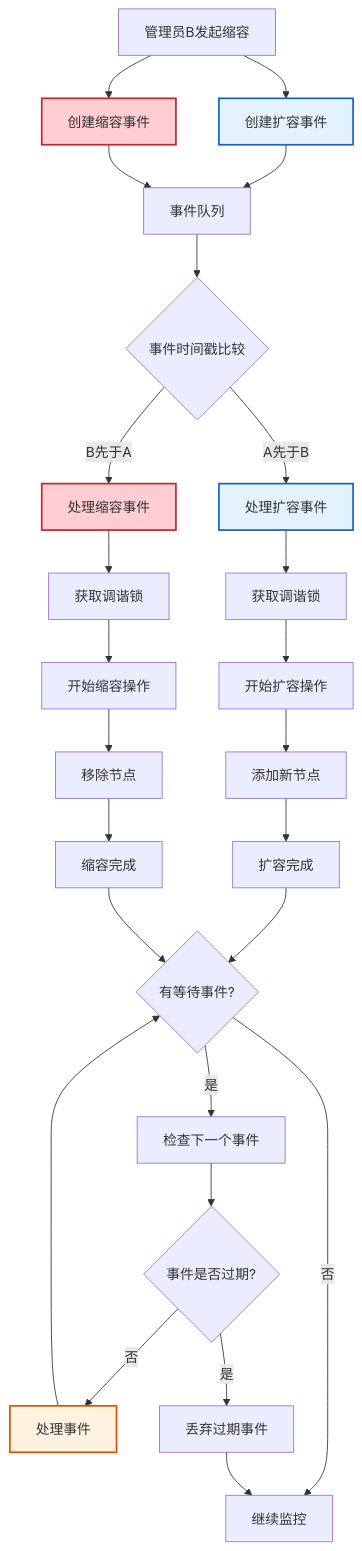
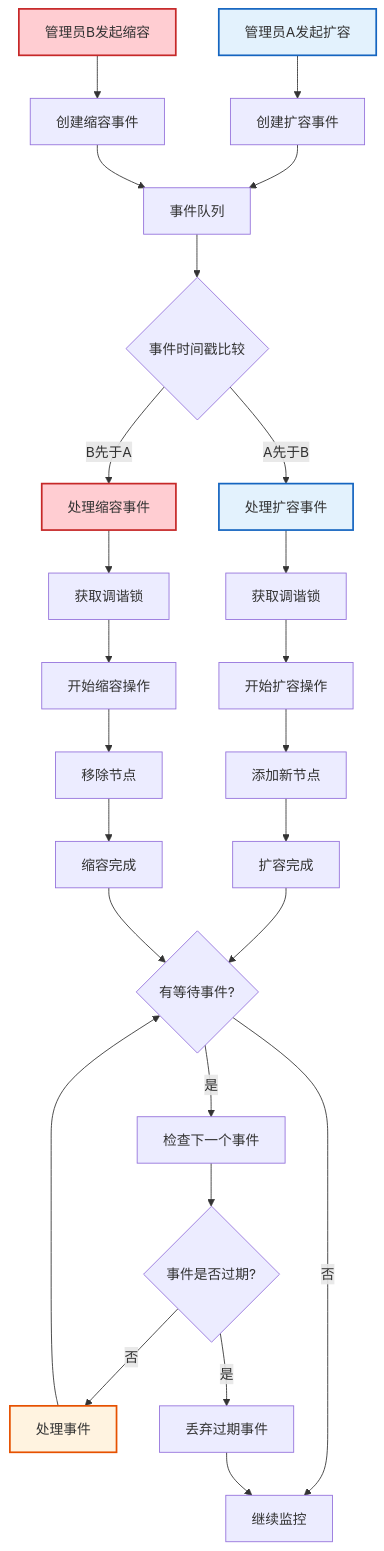
One commit to VanLiuZhi/etcd-k8s-operator changed the third of 6 diagrams in docs/scenarios/实际场景分析.md. Above: the diagram before and after it, drawn with Mermaid. The commit also changed other lines of this file and 12 other files, not shown here.

````diff
--- a/docs/scenarios/实际场景分析.md
+++ b/docs/scenarios/实际场景分析.md
@@ -240,41 +240,41 @@
 ```mermaid
 flowchart TD
     A[管理员A发起扩容] --> B[创建扩容事件]
-    A[管理员B发起缩容] --> C[创建缩容事件]
+    C[管理员B发起缩容] --> D[创建缩容事件]
 
-    B --> D[事件队列]
-    C --> D
+    B --> E[事件队列]
+    D --> E
 
-    D --> E{事件时间戳比较}
-    E -->|A先于B| F[处理扩容事件]
-    E -->|B先于A| G[处理缩容事件]
+    E --> F{事件时间戳比较}
+    F -->|A先于B| G[处理扩容事件]
+    F -->|B先于A| H[处理缩容事件]
 
-    F --> H[获取调谐锁]
-    H --> I[开始扩容操作]
-    I --> J[添加新节点]
-    J --> K[扩容完成]
+    G --> I[获取调谐锁]
+    I --> J[开始扩容操作]
+    J --> K[添加新节点]
+    K --> L[扩容完成]
 
-    G --> L[获取调谐锁]
-    L --> M[开始缩容操作]
-    M --> N[移除节点]
-    N --> O[缩容完成]
+    H --> M[获取调谐锁]
+    M --> N[开始缩容操作]
+    N --> O[移除节点]
+    O --> P[缩容完成]
 
-    K --> P{有等待事件?}
-    O --> P
+    L --> Q{有等待事件?}
+    P --> Q
 
-    P -->|是| Q[检查下一个事件]
-    P -->|否| R[继续监控]
+    Q -->|是| R[检查下一个事件]
+    Q -->|否| S[继续监控]
 
-    Q --> S{事件是否过期?}
-    S -->|否| T[处理事件]
-    S -->|是| U[丢弃过期事件]
+    R --> T{事件是否过期?}
+    T -->|否| U[处理事件]
+    T -->|是| V[丢弃过期事件]
 
-    T --> P
-    U --> R
+    U --> Q
+    V --> S
 
-    style B fill:#e3f2fd,stroke:#1565c0,stroke-width:2px
+    style A fill:#e3f2fd,stroke:#1565c0,stroke-width:2px
     style C fill:#ffcdd2,stroke:#c62828,stroke-width:2px
-    style F fill:#e3f2fd,stroke:#1565c0,stroke-width:2px
-    style G fill:#ffcdd2,stroke:#c62828,stroke-width:2px
-    style T fill:#fff3e0,stroke:#e65100,stroke-width:2px
+    style G fill:#e3f2fd,stroke:#1565c0,stroke-width:2px
+    style H fill:#ffcdd2,stroke:#c62828,stroke-width:2px
+    style U fill:#fff3e0,stroke:#e65100,stroke-width:2px
 ```
````
